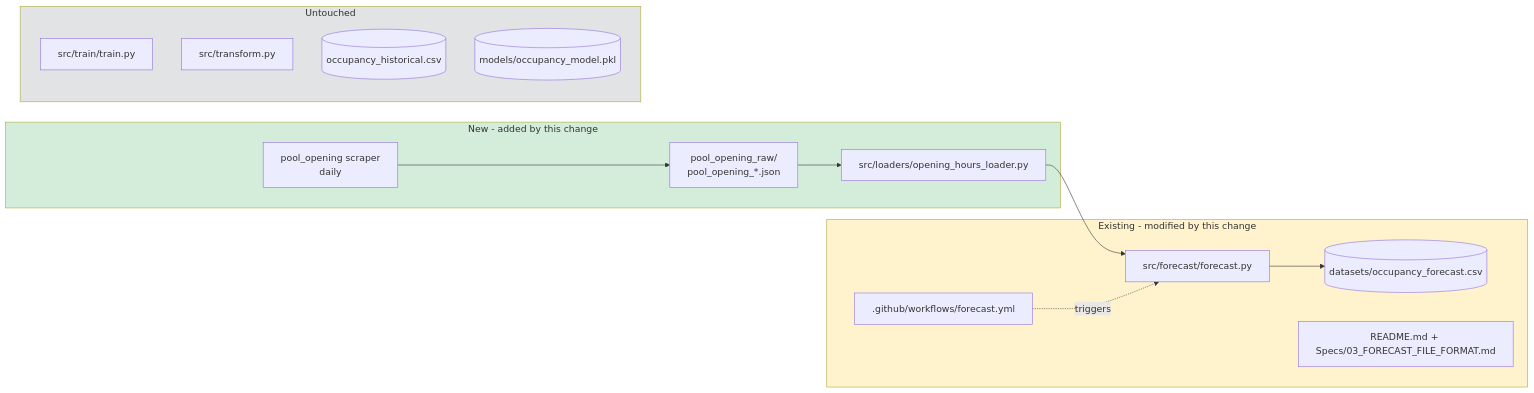
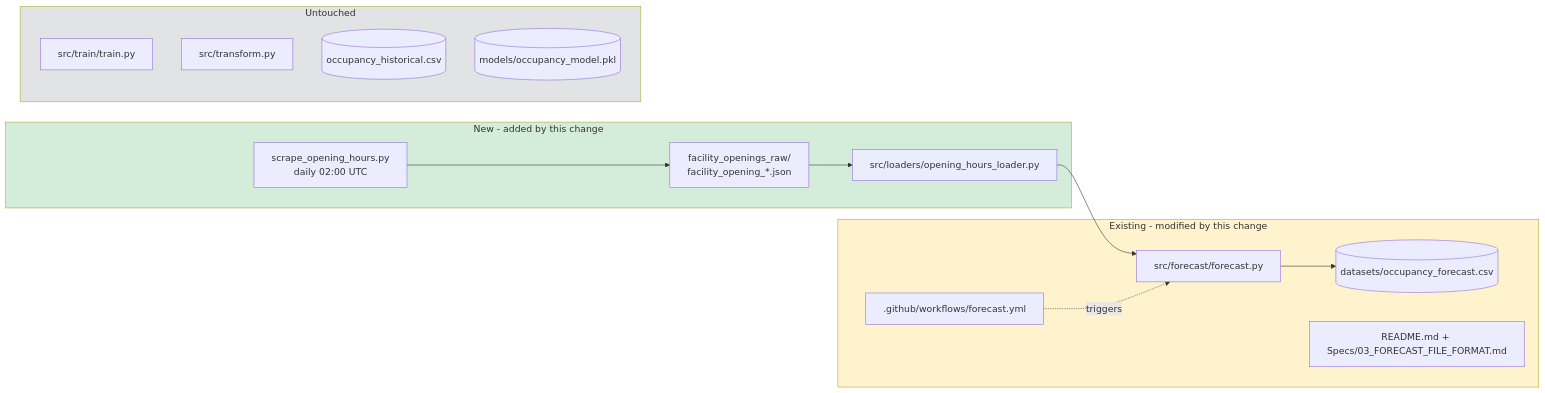
Before and after one commit to tillg/swm_pool_data: the diagram in Specs/changes/integrate-opening-hours/proposal.md, drawn with Mermaid. The commit also changed other lines of this file and 5 other files, not shown here.

First line of the commit message:
Add daily opening-hours scraper workflow

````diff
--- a/Specs/changes/integrate-opening-hours/proposal.md
+++ b/Specs/changes/integrate-opening-hours/proposal.md
@@ -71,32 +77,32 @@
 ```mermaid
 flowchart LR
     subgraph new[New - added by this change]
-        OHScraper[pool_opening scraper<br/>daily]
-        OHRaw[pool_opening_raw/<br/>pool_opening_*.json]
+        OHScraper[scrape_opening_hours.py<br/>daily 02:00 UTC]
+        OHRaw[facility_openings_raw/<br/>facility_opening_*.json]
         OHLoader[src/loaders/opening_hours_loader.py]
     end
 
     subgraph existing[Existing - modified by this change]
         Forecast[src/forecast/forecast.py]
         ForecastCSV[(datasets/occupancy_forecast.csv)]
         Workflow[.github/workflows/forecast.yml]
         Docs[README.md + Specs/03_FORECAST_FILE_FORMAT.md]
     end
 
     subgraph untouched[Untouched]
         Train[src/train/train.py]
         Transform[src/transform.py]
         Historical[(occupancy_historical.csv)]
         Model[(models/occupancy_model.pkl)]
     end
 
     OHScraper --> OHRaw
     OHRaw --> OHLoader
     OHLoader --> Forecast
     Forecast --> ForecastCSV
     Workflow -.triggers.-> Forecast
 
     style new fill:#d4edda
     style existing fill:#fff3cd
     style untouched fill:#e2e3e5
 ```
````
